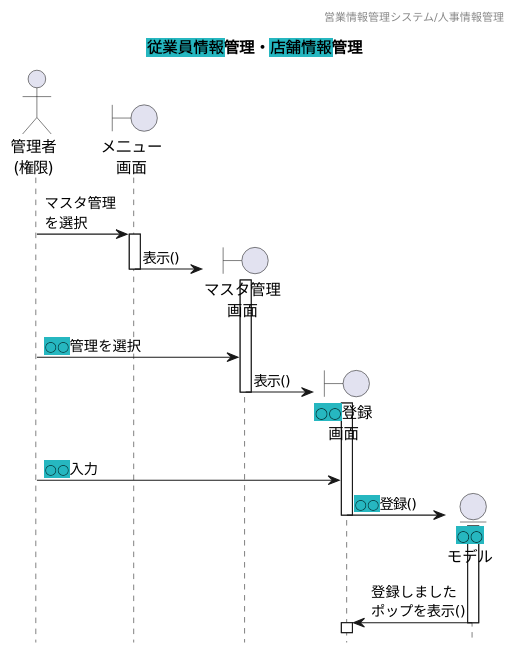
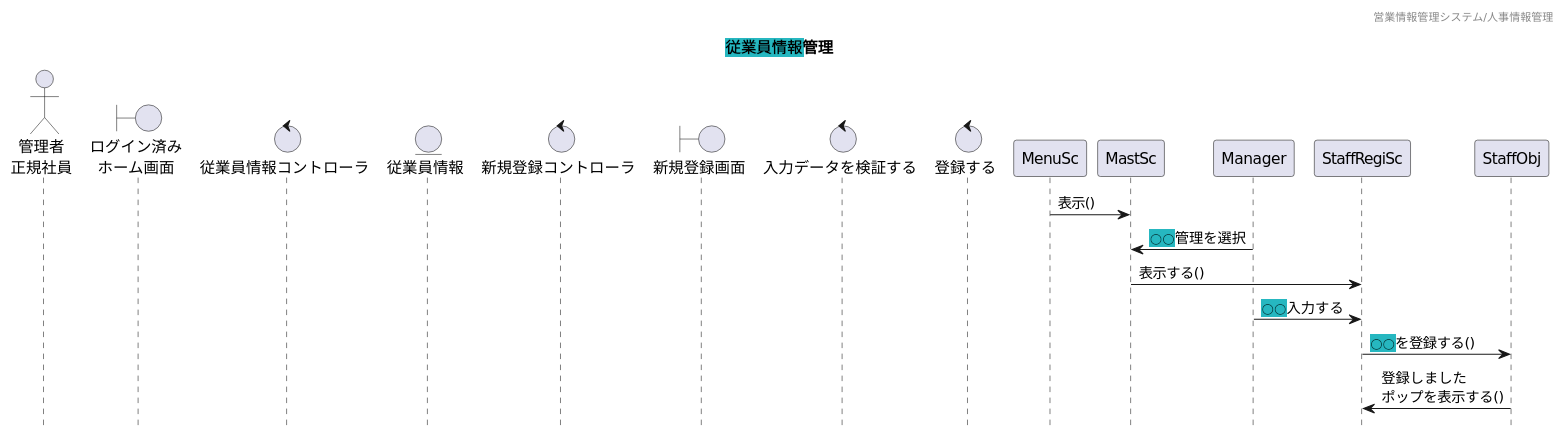
Before and after one commit to HaruShim/Sotuken: the diagram in 各種設計書/4シーケンス図/管理者-人事(1).plantuml, drawn with PlantUML.

```diff
--- a/各種設計書/4シーケンス図/管理者-人事(1).plantuml
+++ b/各種設計書/4シーケンス図/管理者-人事(1).plantuml
@@ -1,36 +1,36 @@
 @startuml シーケンス図
 
 hide footbox
 header 営業情報管理システム/人事情報管理
-title <back:#25b7c0>従業員情報</back>管理・<back:25b7c0>店舗情報</back>管理
+title <back:#25b7c0>従業員情報</back>管理
 
-actor "管理者\n(権限)" as Manager
-boundary "メ二ュー\n画面" as MenuSc
-Manager -> MenuSc : マスタ管理\nを選択
-activate MenuSc
+actor "管理者\n正規社員" as Actor
+boundary "ログイン済み\nホーム画面" as HomeSc
+control "従業員情報コントローラ" as Staff
+entity "従業員情報" as StaffDB
+control "新規登録コントローラ" as RegiCl
+boundary "新規登録画面" as RegiSc
+control "入力データを検証する" as Judge
+control "登録する" as Regi
 
-create boundary "マスタ管理\n画面" as MastSc
+
+
+
 MenuSc -> MastSc : 表示()
-deactivate
-activate MastSc
 
 Manager -> MastSc : <back:#25b7c0>○○</back>管理を選択
 
-create boundary "<back:#25b7c0>○○</back>登録\n画面" as StaffRegiSc
-MastSc -> StaffRegiSc : 表示()
-deactivate
-activate StaffRegiSc
 
-Manager -> StaffRegiSc : <back:#25b7c0>○○</back>入力
+MastSc -> StaffRegiSc : 表示する()
 
-create entity "<back:#25b7c0>○○</back>\nモデル" as StaffObj
-StaffRegiSc -> StaffObj : <back:#25b7c0>○○</back>登録()
-deactivate
-activate StaffObj
 
-StaffObj -> StaffRegiSc : 登録しました\nポップを表示()
-deactivate
-activate StaffRegiSc
-deactivate
+
+Manager -> StaffRegiSc : <back:#25b7c0>○○</back>入力する
+
+
+StaffRegiSc -> StaffObj : <back:#25b7c0>○○</back>を登録する()
+
+
+StaffObj -> StaffRegiSc : 登録しました\nポップを表示する()
 
 @enduml
```
